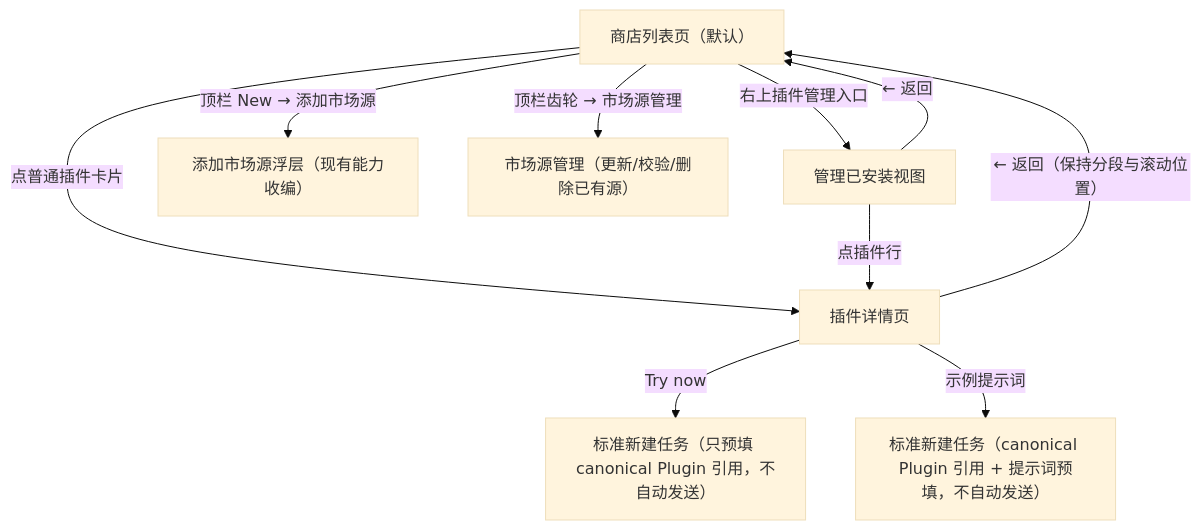
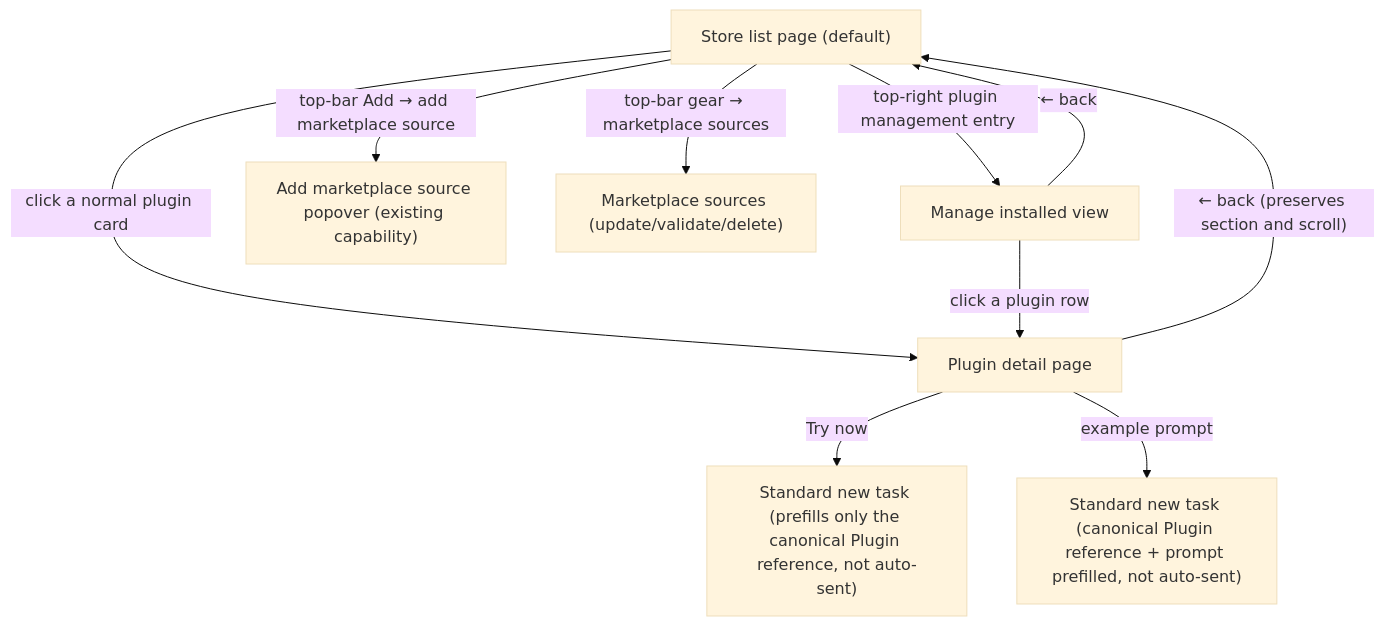
Before and after one commit to osben/ZCode: the first of 2 diagrams in docs/plugin-marketplace-ui-ux.md, drawn with Mermaid (base theme). The commit also changed other lines of this file and 14 other files, not shown here.

````diff
--- a/docs/plugin-marketplace-ui-ux.md
+++ b/docs/plugin-marketplace-ui-ux.md
@@ -109,17 +87,17 @@
 ```mermaid
 flowchart TD
-    Store["商店列表页（默认）"]
-    Detail["插件详情页"]
-    Manage["管理已安装视图"]
+    Store["Store list page (default)"]
+    Detail["Plugin detail page"]
+    Manage["Manage installed view"]
 
-    Store -- "点普通插件卡片" --> Detail
-    Detail -- "← 返回（保持分段与滚动位置）" --> Store
-    Store -- "右上插件管理入口" --> Manage
-    Manage -- "← 返回" --> Store
-    Manage -- "点插件行" --> Detail
+    Store -- "click a normal plugin card" --> Detail
+    Detail -- "← back (preserves section and scroll)" --> Store
+    Store -- "top-right plugin management entry" --> Manage
+    Manage -- "← back" --> Store
+    Manage -- "click a plugin row" --> Detail
 
-    Store -- "顶栏 New → 添加市场源" --> AddSource["添加市场源浮层（现有能力收编）"]
-    Store -- "顶栏齿轮 → 市场源管理" --> Sources["市场源管理（更新/校验/删除已有源）"]
-    Detail -- "Try now" --> NewPluginDraft["标准新建任务（只预填 canonical Plugin 引用，不自动发送）"]
-    Detail -- "示例提示词" --> NewPromptDraft["标准新建任务（canonical Plugin 引用 + 提示词预填，不自动发送）"]
+    Store -- "top-bar Add → add marketplace source" --> AddSource["Add marketplace source popover (existing capability)"]
+    Store -- "top-bar gear → marketplace sources" --> Sources["Marketplace sources (update/validate/delete)"]
+    Detail -- "Try now" --> NewPluginDraft["Standard new task (prefills only the canonical Plugin reference, not auto-sent)"]
+    Detail -- "example prompt" --> NewPromptDraft["Standard new task (canonical Plugin reference + prompt prefilled, not auto-sent)"]
 ```
````
